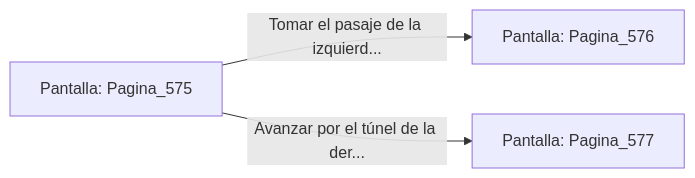
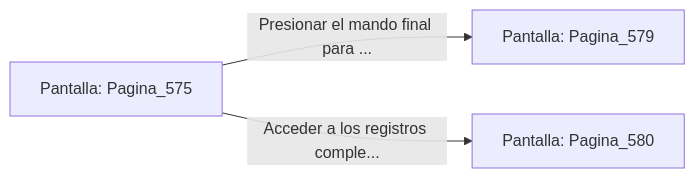
One commit to metsuke/mpl changed the diagram in sample/eligejuego-vault/Pantalla_Pagina_575.md. Above: the diagram before and after it, drawn with Mermaid. The commit also changed other lines of this file and 635 other files, not shown here.

First line of the commit message:
fix: añadir Pagina_1 como pantalla inicial en capitulo_01.mpl

````diff
--- a/sample/eligejuego-vault/Pantalla_Pagina_575.md
+++ b/sample/eligejuego-vault/Pantalla_Pagina_575.md
@@ -20,6 +24,6 @@
 ```mermaid
 graph LR
     P_Pagina_575["Pantalla: Pagina_575"]
-    P_Pagina_575 -->|"Tomar el pasaje de la izquierd..."| P_Pagina_576["Pantalla: Pagina_576"]
-    P_Pagina_575 -->|"Avanzar por el túnel de la der..."| P_Pagina_577["Pantalla: Pagina_577"]
+    P_Pagina_575 -->|"Presionar el mando final para ..."| P_Pagina_579["Pantalla: Pagina_579"]
+    P_Pagina_575 -->|"Acceder a los registros comple..."| P_Pagina_580["Pantalla: Pagina_580"]
 ```
````
